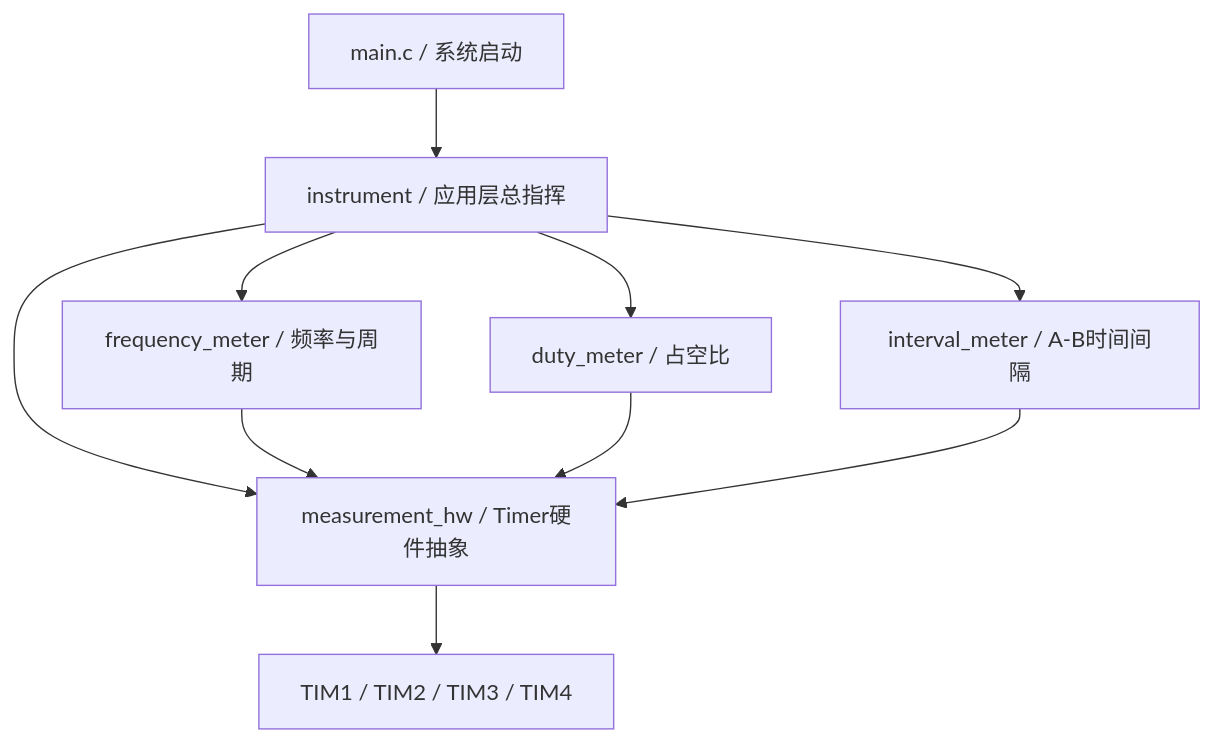
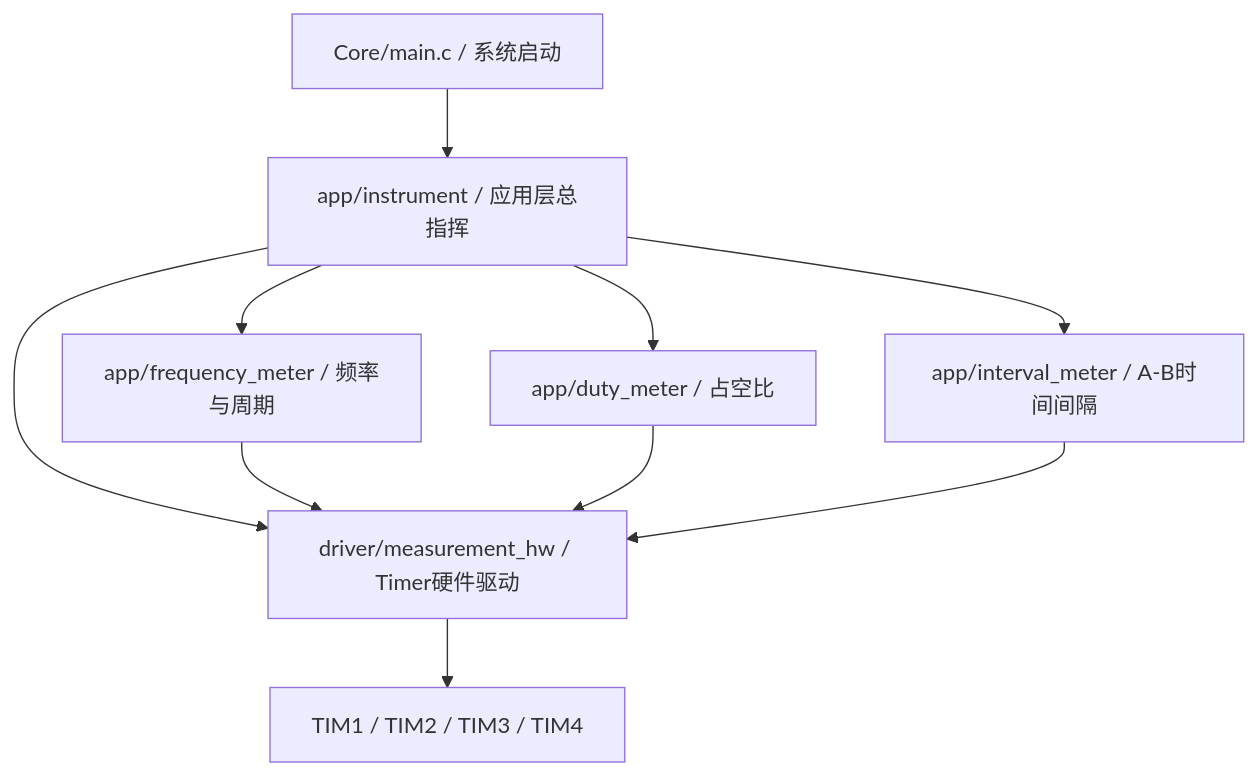
The first of 3 diagrams in README.md (shalebao3/embed-2015F-DigitalFrequencyMeter), drawn with Mermaid before and after one commit. The commit also changed other lines of this file and 16 other files, not shown here.

````diff
--- a/README.md
+++ b/README.md
@@ -63,20 +55,20 @@
 ```mermaid
 flowchart TD
-    MAIN["main.c / 系统启动"]
-    INST["instrument / 应用层总指挥"]
-    FREQ["frequency_meter / 频率与周期"]
-    DUTY["duty_meter / 占空比"]
-    INT["interval_meter / A-B时间间隔"]
-    HW["measurement_hw / Timer硬件抽象"]
+    MAIN["Core/main.c / 系统启动"]
+    INST["app/instrument / 应用层总指挥"]
+    FREQ["app/frequency_meter / 频率与周期"]
+    DUTY["app/duty_meter / 占空比"]
+    INT["app/interval_meter / A-B时间间隔"]
+    HW["driver/measurement_hw / Timer硬件驱动"]
     TIMERS["TIM1 / TIM2 / TIM3 / TIM4"]
 
     MAIN --> INST
     INST --> FREQ
     INST --> DUTY
     INST --> INT
     INST --> HW
     FREQ --> HW
     DUTY --> HW
     INT --> HW
     HW --> TIMERS
 ```
````
